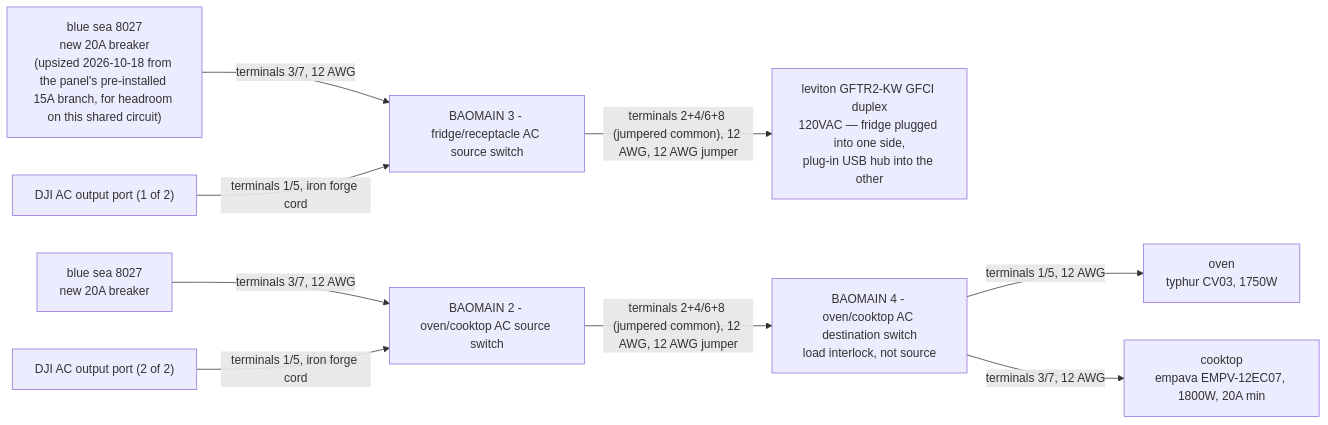
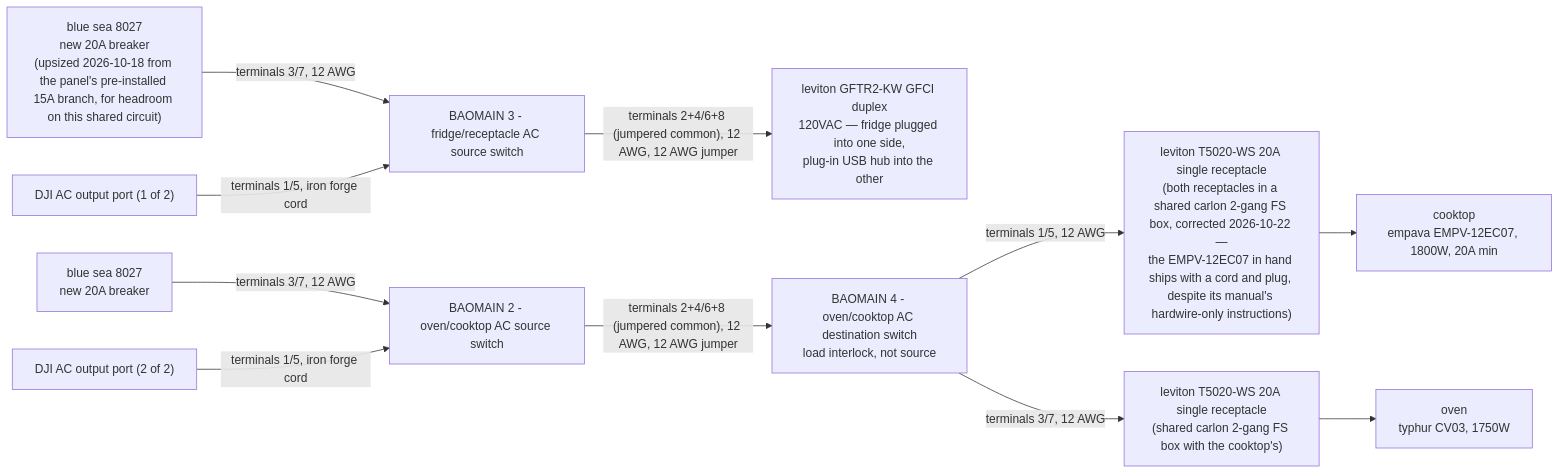
Before and after one commit to timit/vandalia: the fourth of 6 diagrams in electrical/PLAN.md, drawn with Mermaid. The commit also changed other lines of this file and 1 other file, not shown here.

First line of the commit message:
start the oven/cooktop branch, switch the cooktop to receptacle-fed

````diff
--- a/electrical/PLAN.md
+++ b/electrical/PLAN.md
@@ -193,11 +193,13 @@
 ```mermaid
 flowchart LR
   p8027a["blue sea 8027<br/>new 20A breaker<br/>(upsized 2026-10-18 from the panel's pre-installed 15A branch, for headroom on this shared circuit)"] -->|"terminals 3/7, 12 AWG"| b1["BAOMAIN 3 - fridge/receptacle AC source switch"]
   djiout1["DJI AC output port (1 of 2)"] -->|"terminals 1/5, iron forge cord"| b1
   b1 -->|"terminals 2+4/6+8 (jumpered common), 12 AWG, 12 AWG jumper"| kfu["leviton GFTR2-KW GFCI duplex<br/>120VAC — fridge plugged into one side,<br/>plug-in USB hub into the other"]
   p8027b["blue sea 8027<br/>new 20A breaker"] -->|"terminals 3/7, 12 AWG"| b2["BAOMAIN 2 - oven/cooktop AC source switch"]
   djiout2b["DJI AC output port (2 of 2)"] -->|"terminals 1/5, iron forge cord"| b2
   b2 -->|"terminals 2+4/6+8 (jumpered common), 12 AWG, 12 AWG jumper"| b4["BAOMAIN 4 - oven/cooktop AC destination switch<br/>load interlock, not source"]
-  b4 -->|"terminals 1/5, 12 AWG"| oven["oven<br/>typhur CV03, 1750W"]
-  b4 -->|"terminals 3/7, 12 AWG"| cooktop["cooktop<br/>empava EMPV-12EC07, 1800W, 20A min"]
+  b4 -->|"terminals 1/5, 12 AWG"| cooktoprec["leviton T5020-WS 20A single receptacle<br/>(both receptacles in a shared carlon 2-gang FS box, corrected 2026-10-22 —<br/>the EMPV-12EC07 in hand ships with a cord and plug, despite its manual's hardwire-only instructions)"]
+  cooktoprec --> cooktop["cooktop<br/>empava EMPV-12EC07, 1800W, 20A min"]
+  b4 -->|"terminals 3/7, 12 AWG"| ovenrec["leviton T5020-WS 20A single receptacle<br/>(shared carlon 2-gang FS box with the cooktop's)"]
+  ovenrec --> oven["oven<br/>typhur CV03, 1750W"]
 ```
````
